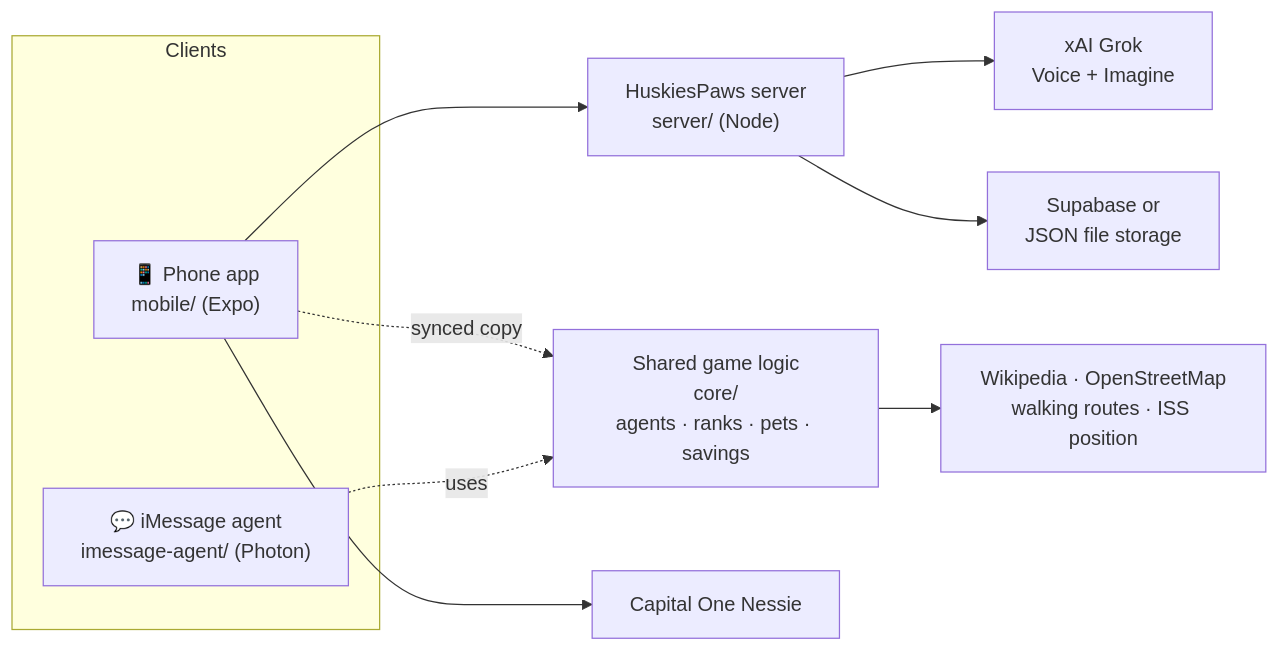
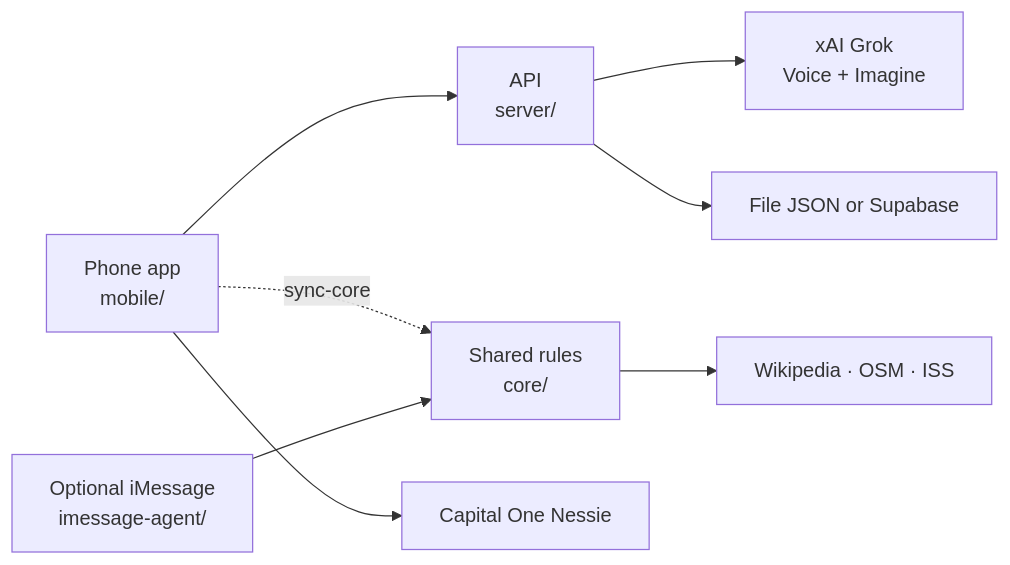
One commit to LuisMend12/HuskiesPaws changed the diagram in README.md. Above: the diagram before and after it, drawn with Mermaid. The commit also changed other lines of this file and 1 other file, not shown here.

````diff
--- a/README.md
+++ b/README.md
@@ -65,16 +42,14 @@
 ```mermaid
 flowchart LR
-  subgraph Clients
-    Phone["📱 Phone app<br/>mobile/ (Expo)"]
-    IM["💬 iMessage agent<br/>imessage-agent/ (Photon)"]
-  end
-  Core["Shared game logic<br/>core/<br/>agents · ranks · pets · savings"]
-  Server["HuskiesPaws server<br/>server/ (Node)"]
+  Phone["Phone app<br/>mobile/"]
+  IM["Optional iMessage<br/>imessage-agent/"]
+  Core["Shared rules<br/>core/"]
+  Server["API<br/>server/"]
   Phone --> Server
-  Phone -.synced copy.-> Core
-  IM -.uses.-> Core
+  Phone -.sync-core.-> Core
+  IM --> Core
   Server --> Grok["xAI Grok<br/>Voice + Imagine"]
-  Server --> DB["Supabase or<br/>JSON file storage"]
+  Server --> Store["File JSON or Supabase"]
   Phone --> Nessie["Capital One Nessie"]
-  Core --> Data["Wikipedia · OpenStreetMap<br/>walking routes · ISS position"]
+  Core --> Data["Wikipedia · OSM · ISS"]
 ```
````
